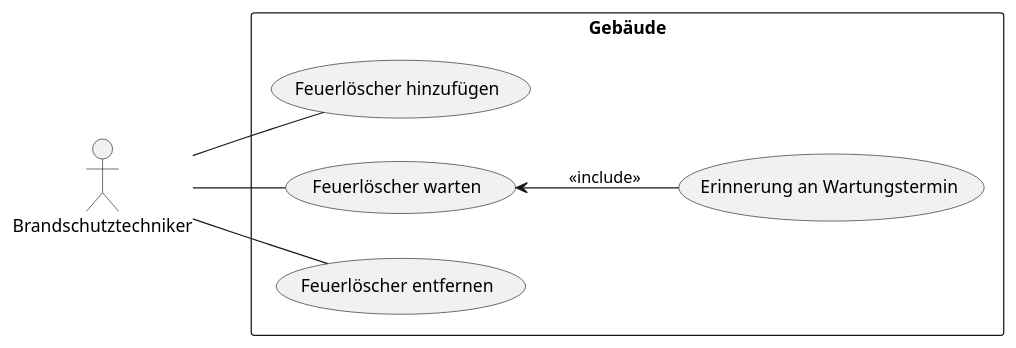
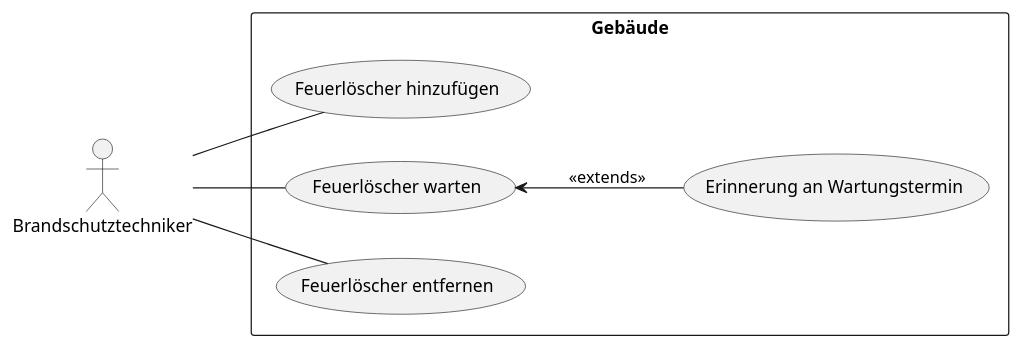
The diagram in asciidocs/plantuml/ucd.puml (2122-3bhitm-itp/02-project-diagramm-generator), drawn with PlantUML before and after one commit. The commit also changed 2 other files, not shown here.

```diff
--- a/asciidocs/plantuml/ucd.puml
+++ b/asciidocs/plantuml/ucd.puml
@@ -1,18 +1,18 @@
 @startuml
 
 left to right direction
 actor "Brandschutztechniker" as bt
 
 rectangle Gebäude {
   usecase "Feuerlöscher hinzufügen" as UC1
   usecase "Feuerlöscher warten" as UC2
   usecase "Feuerlöscher entfernen" as UC3
   usecase "Erinnerung an Wartungstermin" as UC4
 }
 
 bt -- UC1
 bt -- UC2
 bt -- UC3
 
-UC2 <-- UC4 : <<include>>
+UC2 <-- UC4 : <<extends>>
 @enduml
```
